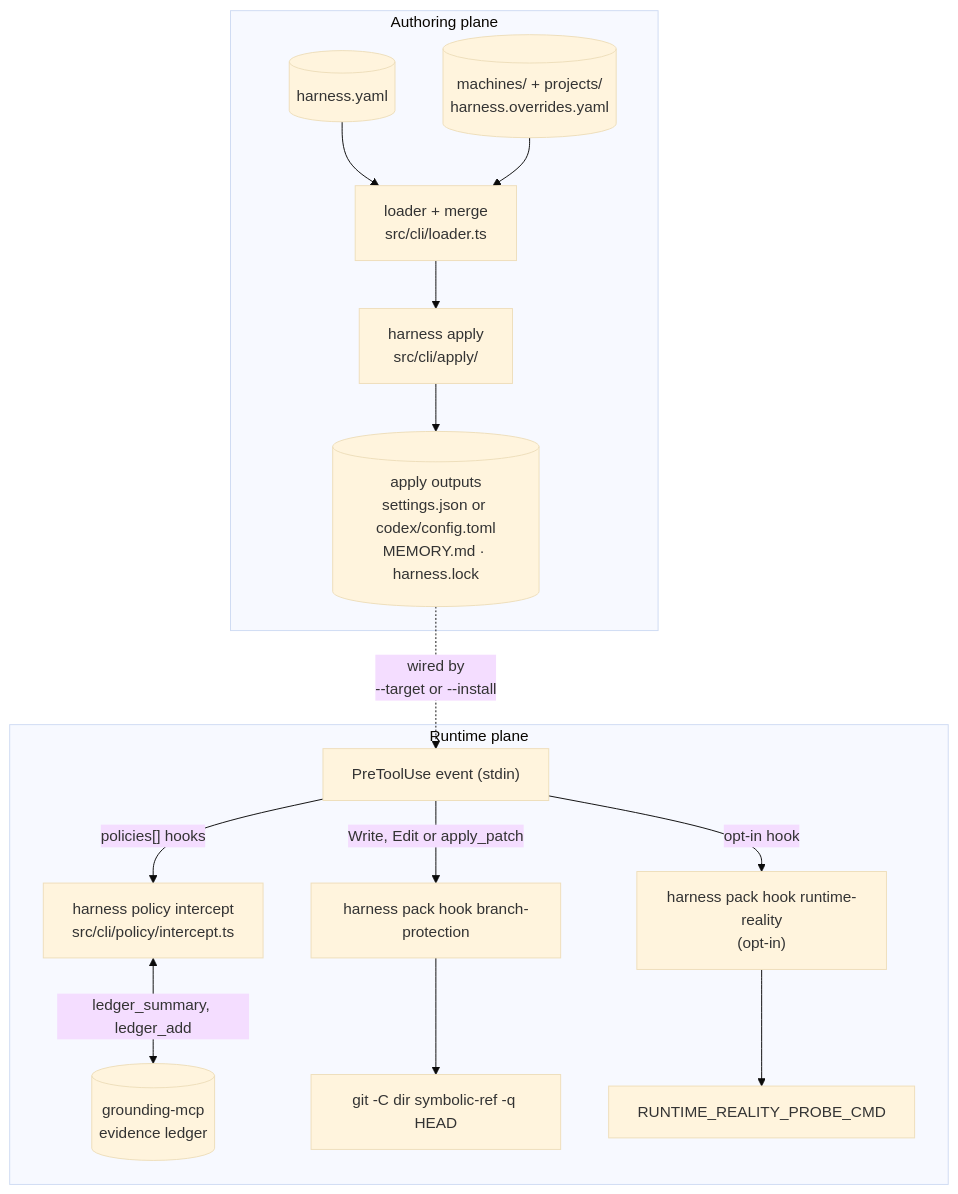
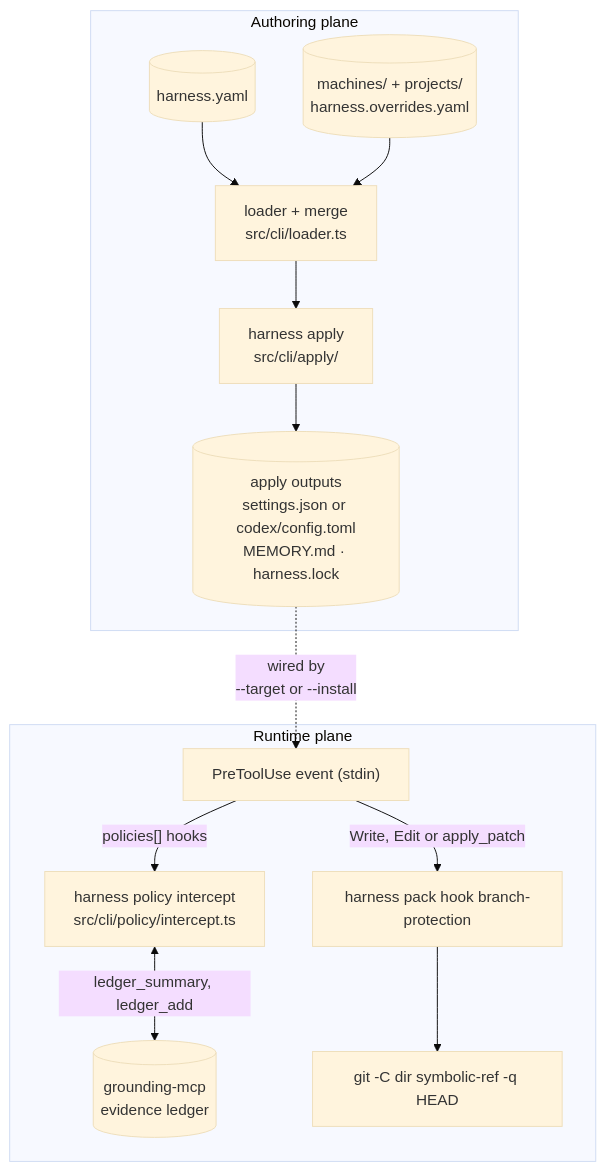
The second of 3 diagrams in docs/ARCHITECTURE.md (LanNguyenSi/harness), drawn with Mermaid (base theme) before and after one commit. The commit also changed other lines of this file and 29 other files, not shown here.

First line of the commit message:
refactor(pack): remove the runtime-reality hook and unused dependencies (#747)

````diff
--- a/docs/ARCHITECTURE.md
+++ b/docs/ARCHITECTURE.md
@@ -50,32 +50,29 @@
 ```mermaid
 flowchart TD
   subgraph AUTH ["Authoring plane"]
     HY[("harness.yaml")]
     OV[("machines/ + projects/<br/>harness.overrides.yaml")]
     LM["loader + merge<br/>src/cli/loader.ts"]
     APL["harness apply<br/>src/cli/apply/"]
     OUT[("apply outputs<br/>settings.json or codex/config.toml<br/>MEMORY.md · harness.lock")]
 
     HY --> LM
     OV --> LM
     LM --> APL
     APL --> OUT
   end
 
   subgraph RUN ["Runtime plane"]
     EVT["PreToolUse event (stdin)"]
     PI["harness policy intercept<br/>src/cli/policy/intercept.ts"]
     GR[("grounding-mcp<br/>evidence ledger")]
     BP["harness pack hook branch-protection"]
     GIT["git -C dir symbolic-ref -q HEAD"]
-    RR["harness pack hook runtime-reality<br/>(opt-in)"]
-    PROBE["RUNTIME_REALITY_PROBE_CMD"]
 
     EVT -->|"policies[] hooks"| PI
     PI <-->|"ledger_summary, ledger_add"| GR
     EVT -->|"Write, Edit or apply_patch"| BP --> GIT
-    EVT -->|opt-in hook| RR --> PROBE
   end
 
   OUT -.->|"wired by<br/>--target or --install"| EVT
 ```
````
